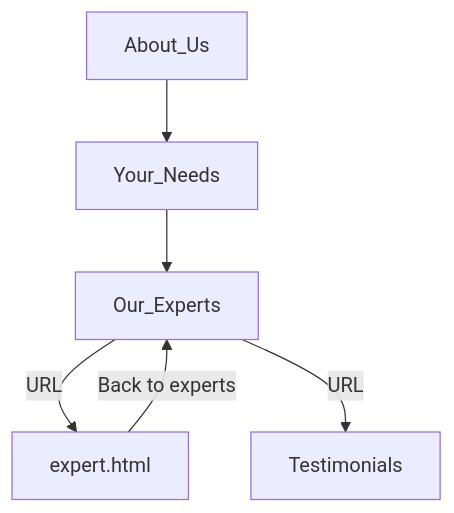
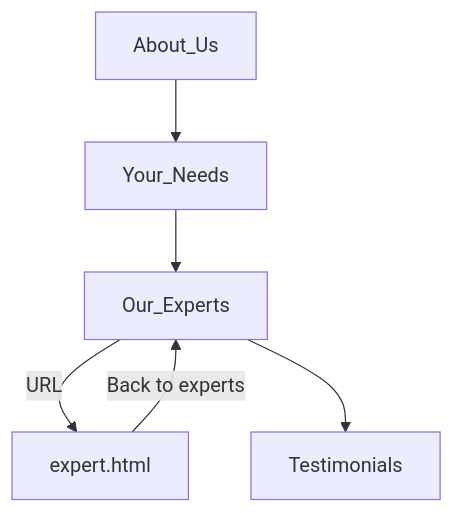
Before and after one commit to FAC29A/alex-portfolio: the diagram in learnings/markup.md, drawn with Mermaid.

````diff
--- a/learnings/markup.md
+++ b/learnings/markup.md
@@ -32,7 +32,8 @@
 ```mermaid
 graph TD;
     About_Us-->Your_Needs;
     Your_Needs-->Our_Experts;
-    Our_Experts-->|URL|expert.html & Testimonials;
+    Our_Experts-->|URL|expert.html;
+    Our_Experts-->Testimonials;
     expert.html-->|Back to experts|Our_Experts;
 ```
````
